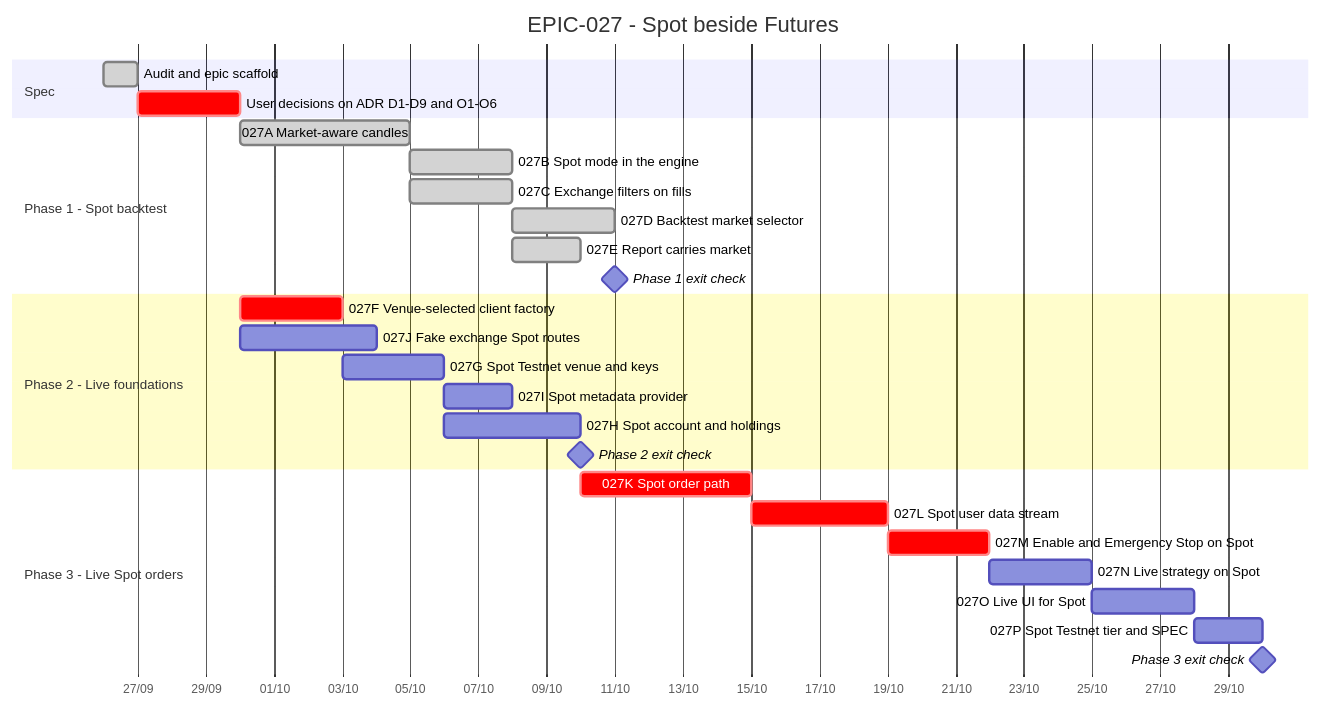
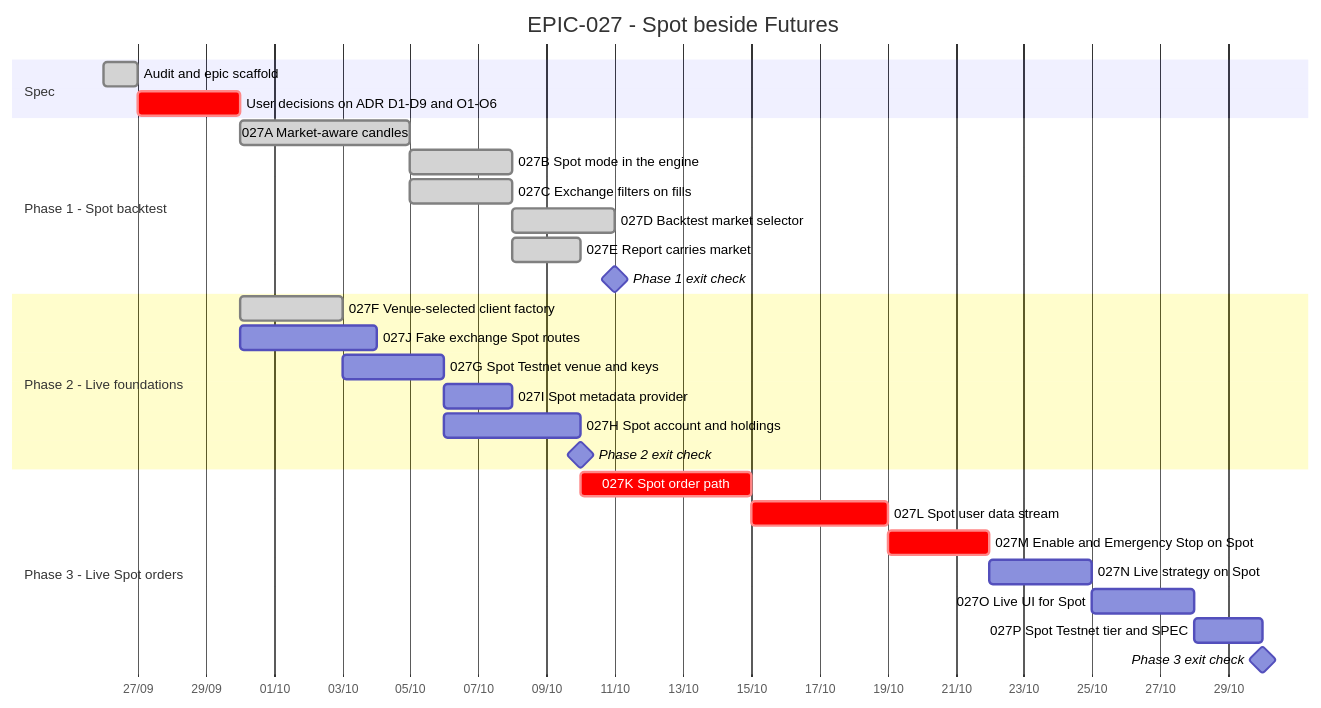
Before and after one commit to anhembedded/Sagittarius_Elite_Warrior: the diagram in Tasks/epics/EPIC-027_spot_trading_and_spot_backtest/TRACKING.md, drawn with Mermaid. The commit also changed other lines of this file and 24 other files, not shown here.

````diff
--- a/Tasks/epics/EPIC-027_spot_trading_and_spot_backtest/TRACKING.md
+++ b/Tasks/epics/EPIC-027_spot_trading_and_spot_backtest/TRACKING.md
@@ -15,36 +15,36 @@
 ```mermaid
 gantt
     title EPIC-027 - Spot beside Futures
     dateFormat  YYYY-MM-DD
     axisFormat  %d/%m
     todayMarker stroke-width:2px,stroke:#d33,opacity:0.6
 
     section Spec
     Audit and epic scaffold                 :done,    s1, 2026-09-26, 1d
     User decisions on ADR D1-D9 and O1-O6   :crit,    s2, after s1, 3d
 
     section Phase 1 - Spot backtest
     027A Market-aware candles               :done,    a, after s2, 5d
     027B Spot mode in the engine            :done,    b, after a, 3d
     027C Exchange filters on fills          :done,    c, after a, 3d
     027D Backtest market selector           :done,    d, after b, 3d
     027E Report carries market              :done,    e, after c, 2d
     Phase 1 exit check                      :milestone, m1, after d, 0d
 
     section Phase 2 - Live foundations
-    027F Venue-selected client factory      :crit,    f, after s2, 3d
+    027F Venue-selected client factory      :done,    f, after s2, 3d
     027J Fake exchange Spot routes          :         j, after s2, 4d
     027G Spot Testnet venue and keys        :         g, after f, 3d
     027I Spot metadata provider             :         i, after g, 2d
     027H Spot account and holdings          :         h, after g j, 4d
     Phase 2 exit check                      :milestone, m2, after h, 0d
 
     section Phase 3 - Live Spot orders
     027K Spot order path                    :crit,    k, after m2, 5d
     027L Spot user data stream              :crit,    l, after k, 4d
     027M Enable and Emergency Stop on Spot  :crit,    m, after l, 3d
     027N Live strategy on Spot              :         n, after m, 3d
     027O Live UI for Spot                   :         o, after n, 3d
     027P Spot Testnet tier and SPEC         :         p, after o, 2d
     Phase 3 exit check                      :milestone, m3, after p, 0d
 ```
````
